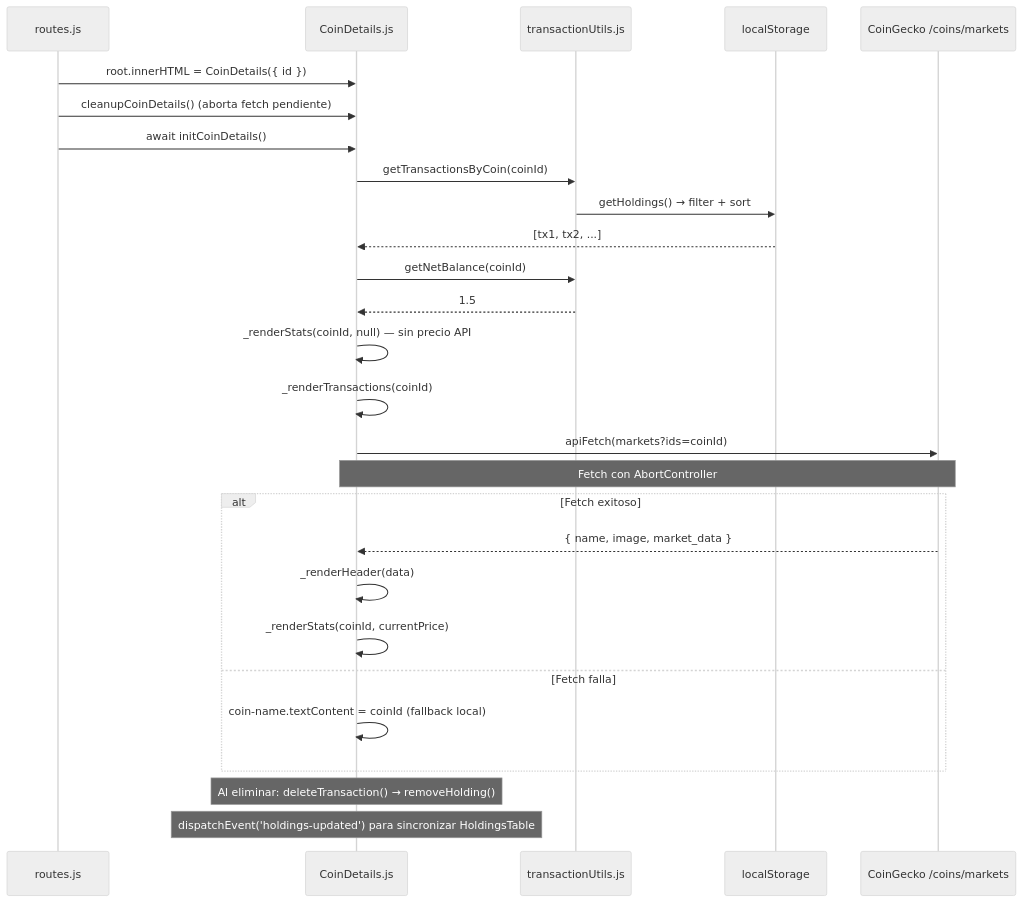
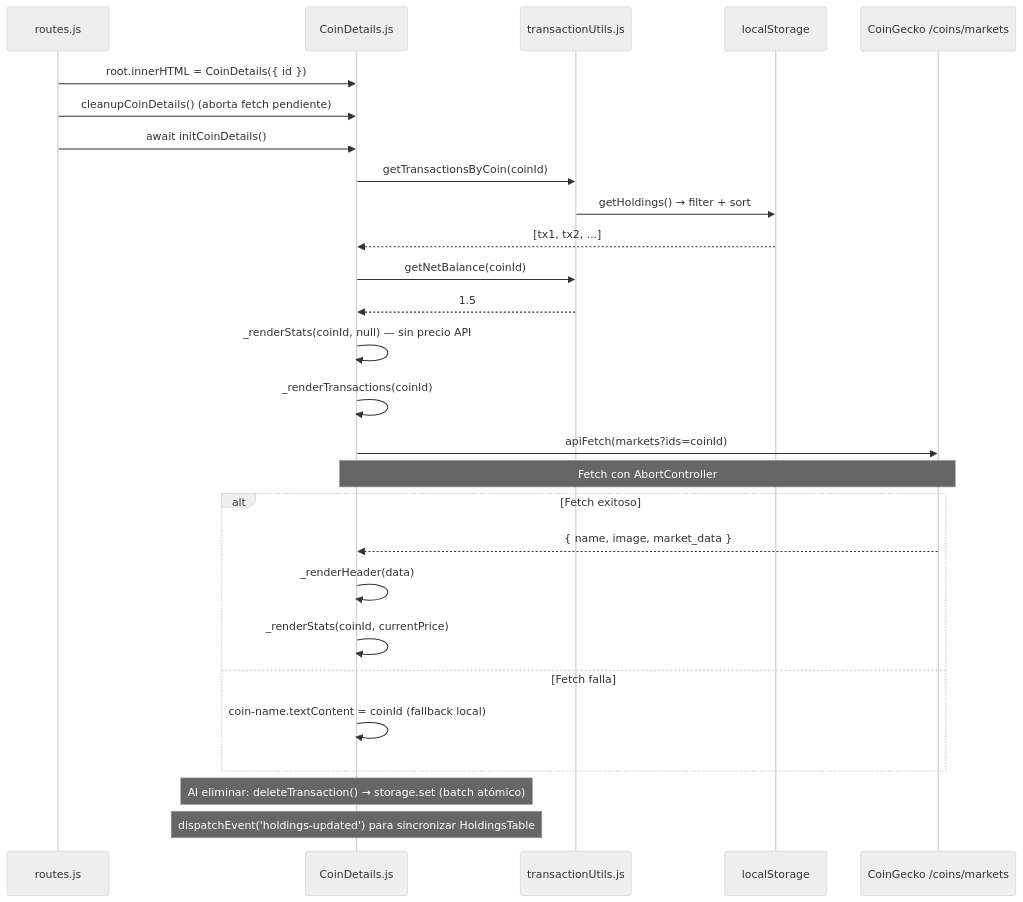
One commit to EdGonzz/caletaJS changed the tenth of 11 diagrams in docs/arquitectura/flujo-de-datos.md. Above: the diagram before and after it, drawn with Mermaid (neutral theme). The commit also changed 13 other files, not shown here.

````diff
--- a/docs/arquitectura/flujo-de-datos.md
+++ b/docs/arquitectura/flujo-de-datos.md
@@ -307,31 +307,31 @@
 ```mermaid
 sequenceDiagram
     participant Router as routes.js
     participant CD as CoinDetails.js
     participant TU as transactionUtils.js
     participant LS as localStorage
     participant API as CoinGecko /coins/markets
 
     Router->>CD: root.innerHTML = CoinDetails({ id })
     Router->>CD: cleanupCoinDetails()  (aborta fetch pendiente)
     Router->>CD: await initCoinDetails()
     CD->>TU: getTransactionsByCoin(coinId)
     TU->>LS: getHoldings() → filter + sort
     LS-->>CD: [tx1, tx2, ...]
     CD->>TU: getNetBalance(coinId)
     TU-->>CD: 1.5
     CD->>CD: _renderStats(coinId, null) — sin precio API
     CD->>CD: _renderTransactions(coinId)
     CD->>API: apiFetch(markets?ids=coinId)
     Note over CD,API: Fetch con AbortController
     alt Fetch exitoso
         API-->>CD: { name, image, market_data }
         CD->>CD: _renderHeader(data)
         CD->>CD: _renderStats(coinId, currentPrice)
     else Fetch falla
         CD->>CD: coin-name.textContent = coinId (fallback local)
     end
 
-    Note over CD: Al eliminar: deleteTransaction() → removeHolding()
+    Note over CD: Al eliminar: deleteTransaction() → storage.set (batch atómico)
     Note over CD: dispatchEvent('holdings-updated') para sincronizar HoldingsTable
 ```
````
